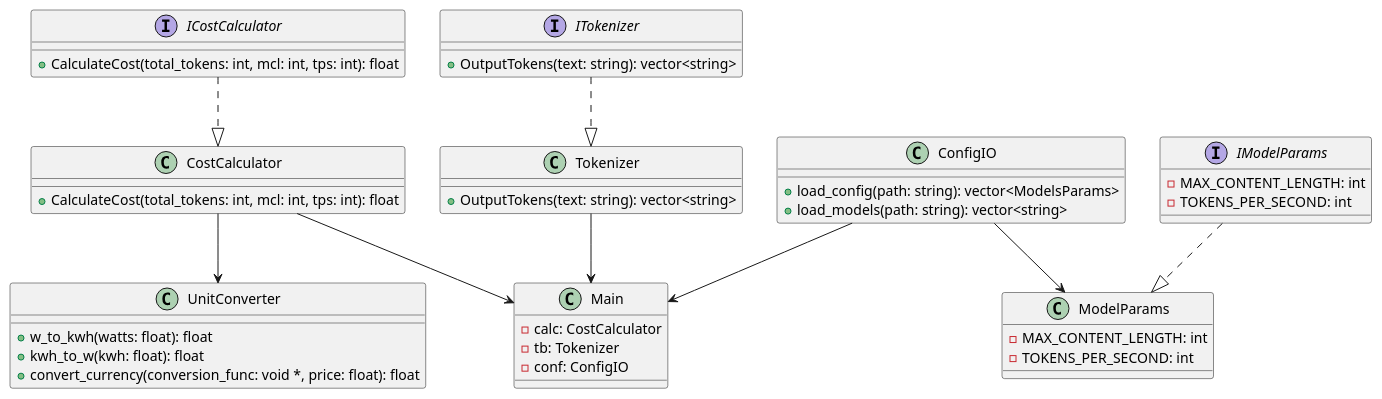
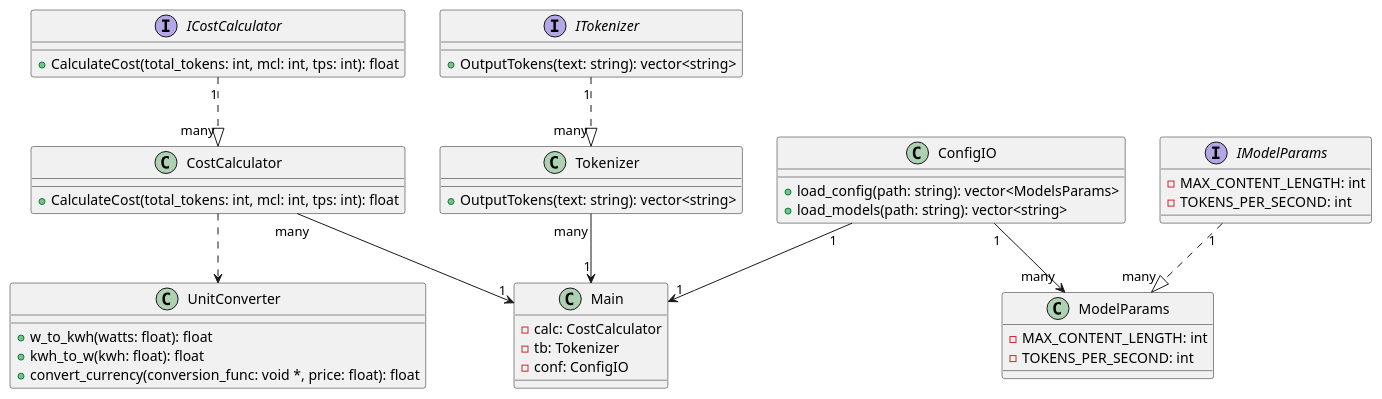
One commit to TeejMcSteez/ITCS3112FinalProject changed the diagram in uml/diag.puml. Above: the diagram before and after it, drawn with PlantUML. The commit also changed 1 other file, not shown here.

```diff
--- a/uml/diag.puml
+++ b/uml/diag.puml
@@ -1,59 +1,59 @@
 @startuml AITokenAnalyzer
 
 interface ITokenizer {
     +OutputTokens(text: string): vector<string>
 }
 
 class Tokenizer {
     +OutputTokens(text: string): vector<string>
 }
 
 interface ICostCalculator {
     +CalculateCost(total_tokens: int, mcl: int, tps: int): float
 }
 
 class CostCalculator {
     +CalculateCost(total_tokens: int, mcl: int, tps: int): float
 }
 
 interface IModelParams {
     -MAX_CONTENT_LENGTH: int
     -TOKENS_PER_SECOND: int
 }
 
 class ModelParams {
     -MAX_CONTENT_LENGTH: int
     -TOKENS_PER_SECOND: int
 }
 
 class ConfigIO {
     +load_config(path: string): vector<ModelsParams>
     +load_models(path: string): vector<string>
 }
 
 class UnitConverter {
     +w_to_kwh(watts: float): float
     +kwh_to_w(kwh: float): float
     +convert_currency(conversion_func: void *, price: float): float
 }
 
 class Main {
     - calc: CostCalculator
     - tb: Tokenizer
     - conf: ConfigIO
 }
 
 ' Relationship's
 ' Tokenizer Relationships
-ITokenizer ..|> Tokenizer
+ITokenizer "1" ..|> "many" Tokenizer
 ' Cost Algo. Relationships
-ICostCalculator ..|> CostCalculator
-CostCalculator --> UnitConverter
+ICostCalculator "1" ..|> "many" CostCalculator
+CostCalculator ..> UnitConverter
 ' Model/Config Relationships
-IModelParams ..|> ModelParams
-ConfigIO --> ModelParams
+IModelParams "1" ..|> "many" ModelParams
+ConfigIO "1" --> "many" ModelParams
 ' Main relationships
-CostCalculator --> Main
-Tokenizer --> Main
-ConfigIO --> Main
+CostCalculator "many" --> "1" Main
+Tokenizer "many" --> "1" Main
+ConfigIO "1" --> "1" Main
 @enduml
```
